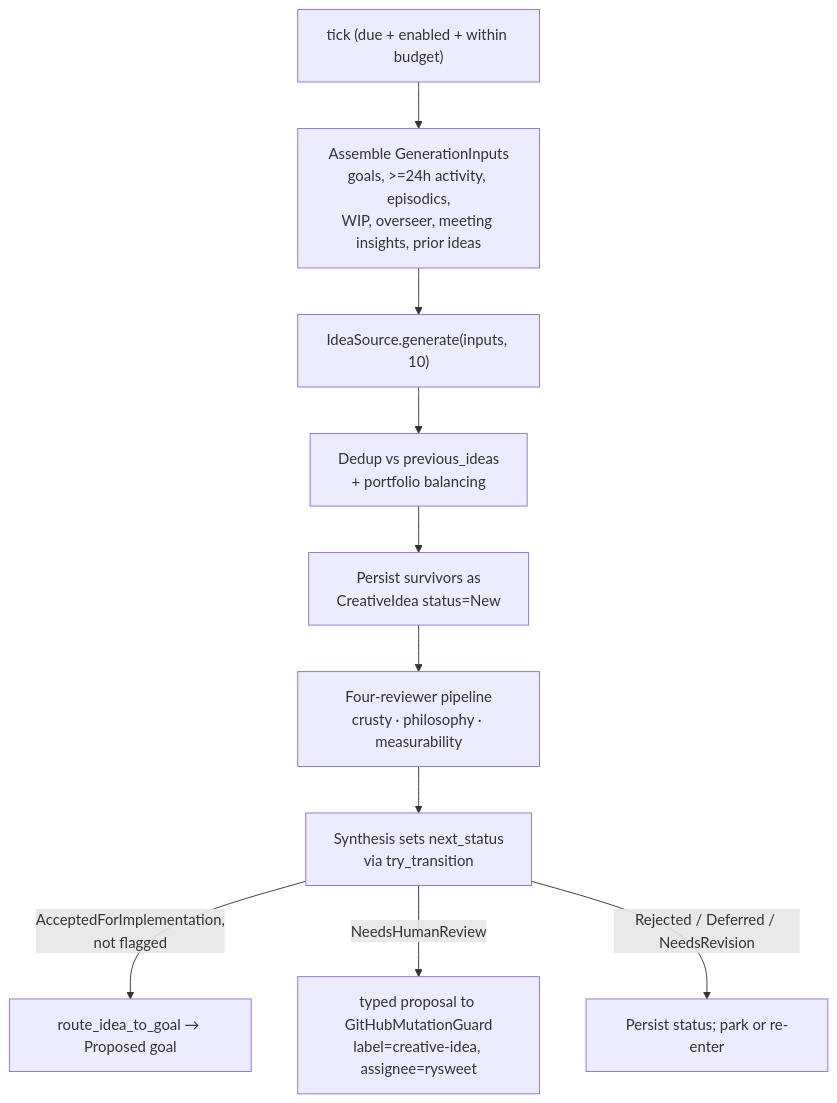
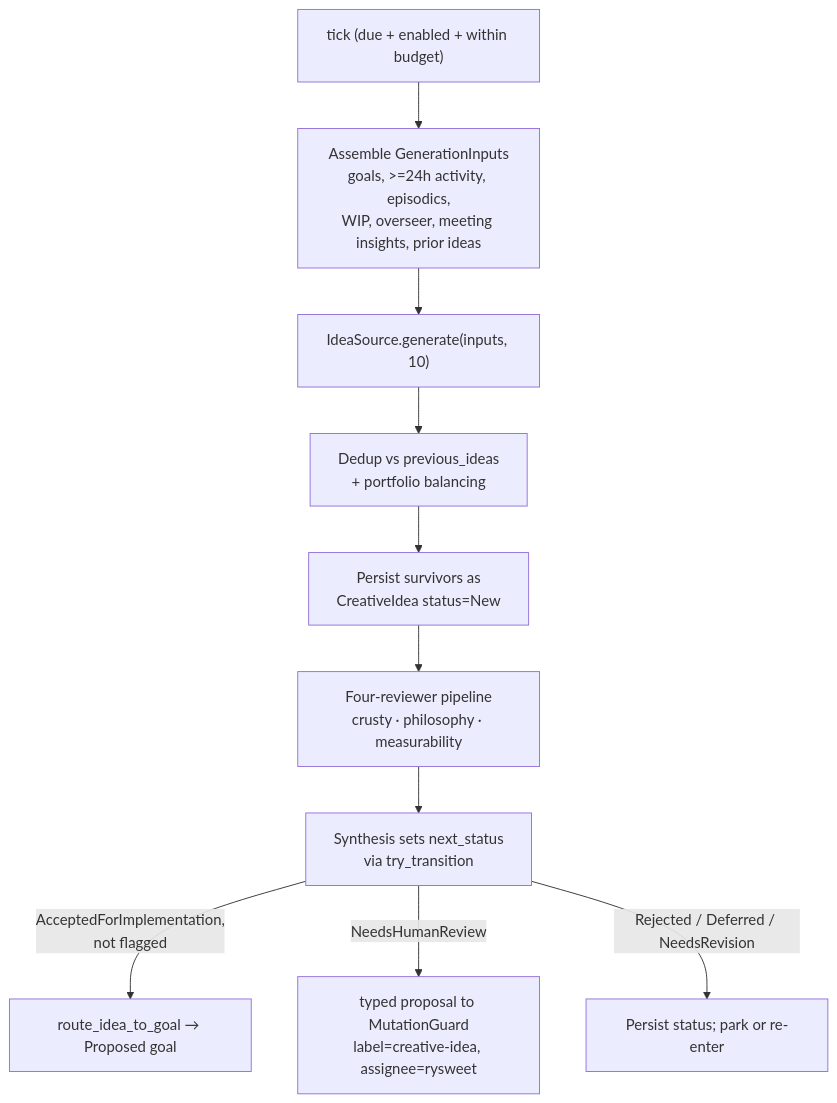
One commit to rysweet/Simard changed the diagram in docs/howto/configure-creative-ideas-thread.md. Above: the diagram before and after it, drawn with Mermaid. The commit also changed other lines of this file and 29 other files, not shown here.

First line of the commit message:
refactor(stewardship): narrow issue mutation guard

````diff
--- a/docs/howto/configure-creative-ideas-thread.md
+++ b/docs/howto/configure-creative-ideas-thread.md
@@ -199,12 +199,12 @@
 ```mermaid
 flowchart TD
     A["tick (due + enabled + within budget)"] --> B[Assemble GenerationInputs<br/>goals, >=24h activity, episodics,<br/>WIP, overseer, meeting insights, prior ideas]
     B --> C["IdeaSource.generate(inputs, 10)"]
     C --> D[Dedup vs previous_ideas<br/>+ portfolio balancing]
     D --> E[Persist survivors as<br/>CreativeIdea status=New]
     E --> F[Four-reviewer pipeline<br/>crusty · philosophy · measurability]
     F --> G[Synthesis sets next_status<br/>via try_transition]
     G -->|AcceptedForImplementation,<br/>not flagged| H[route_idea_to_goal → Proposed goal]
-    G -->|NeedsHumanReview| I[typed proposal to GitHubMutationGuard<br/>label=creative-idea, assignee=rysweet]
+    G -->|NeedsHumanReview| I[typed proposal to MutationGuard<br/>label=creative-idea, assignee=rysweet]
     G -->|Rejected / Deferred / NeedsRevision| J[Persist status; park or re-enter]
 ```
````
